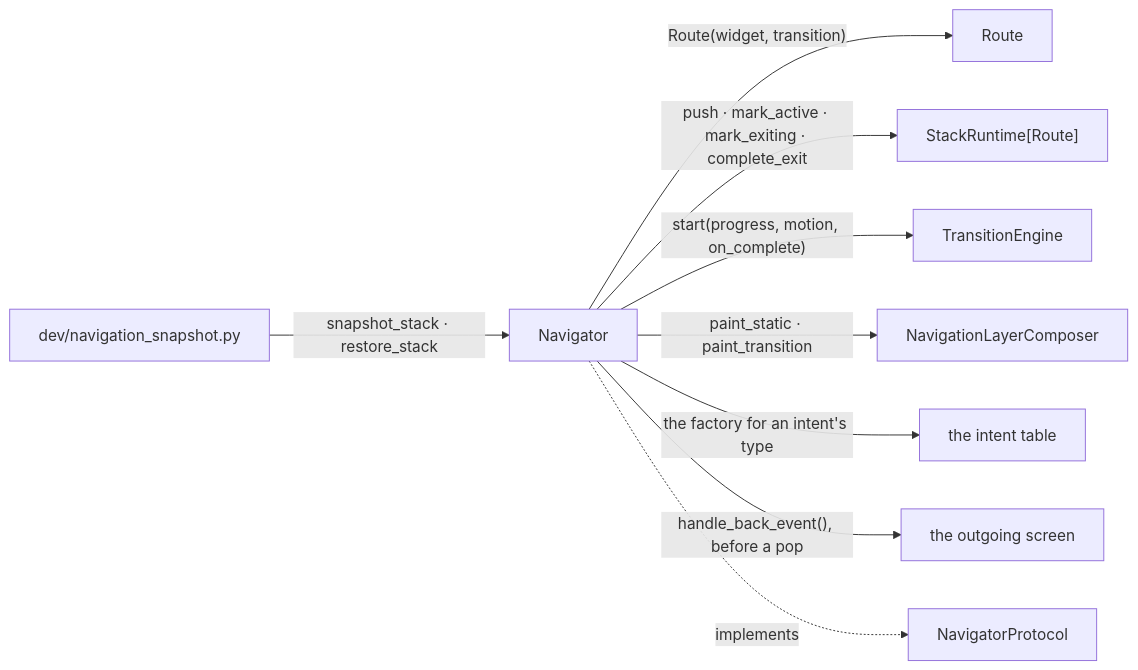
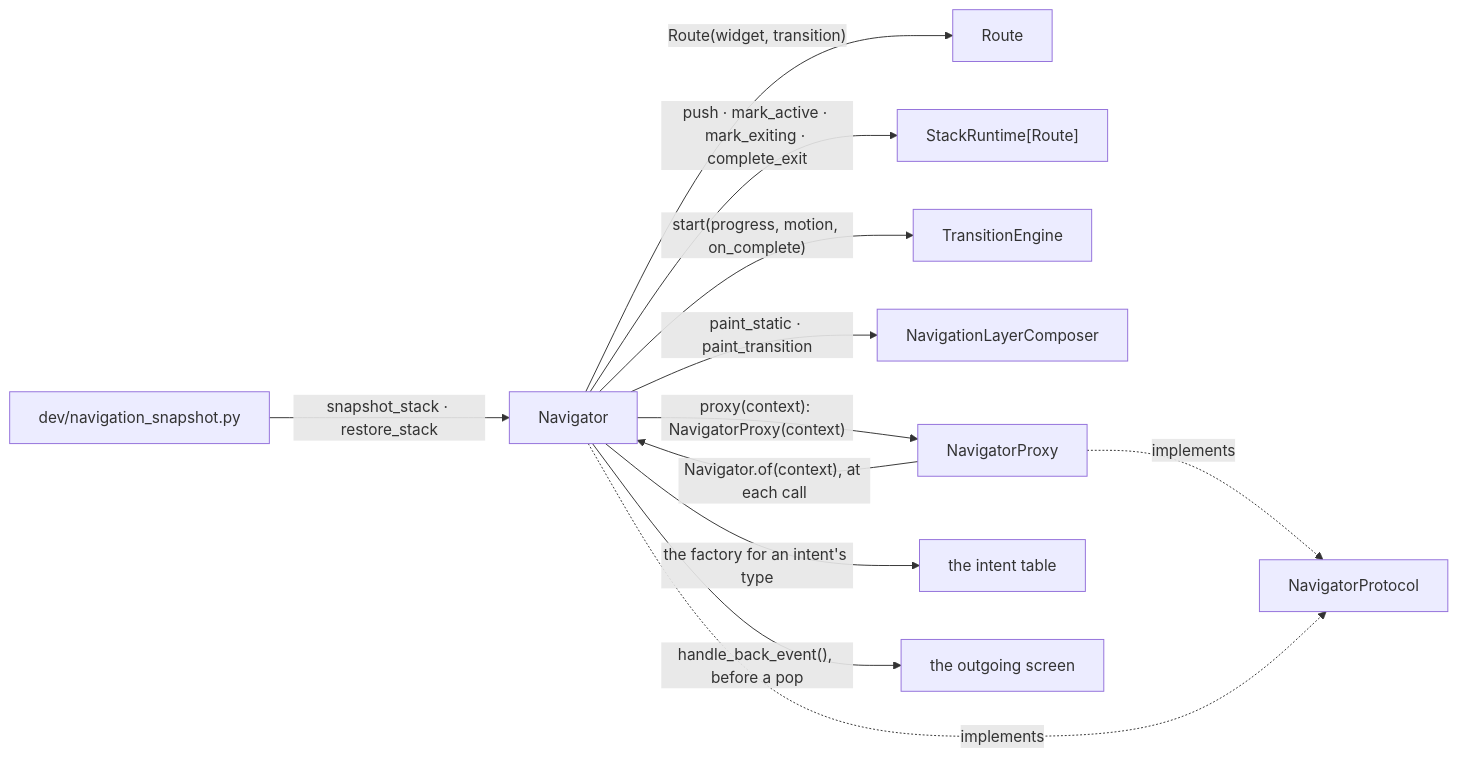
One commit to yuksblog/nuiitivet changed the fourth of 9 diagrams in docs/design/NAVIGATION.md. Above: the diagram before and after it, drawn with Mermaid. The commit also changed other lines of this file and 41 other files, not shown here.

````diff
--- a/docs/design/NAVIGATION.md
+++ b/docs/design/NAVIGATION.md
@@ -120,21 +120,25 @@
 ```mermaid
 flowchart LR
     navigator[Navigator]
     route[Route]
     stack["StackRuntime[Route]"]
     engine[TransitionEngine]
     composer[NavigationLayerComposer]
     proto[NavigatorProtocol]
+    nproxy[NavigatorProxy]
     routes[the intent table]
     screen[the outgoing screen]
     snapshot[dev/navigation_snapshot.py]
 
     navigator -- "Route(widget, transition)" --> route
+    navigator -- "proxy(context): NavigatorProxy(context)" --> nproxy
+    nproxy -- "Navigator.of(context), at each call" --> navigator
+    nproxy -. "implements" .-> proto
     navigator -- "push · mark_active · mark_exiting · complete_exit" --> stack
     navigator -- "start(progress, motion, on_complete)" --> engine
     navigator -- "paint_static · paint_transition" --> composer
     navigator -- "the factory for an intent's type" --> routes
     navigator -- "handle_back_event(), before a pop" --> screen
     navigator -. "implements" .-> proto
     snapshot -- "snapshot_stack · restore_stack" --> navigator
 ```
````
